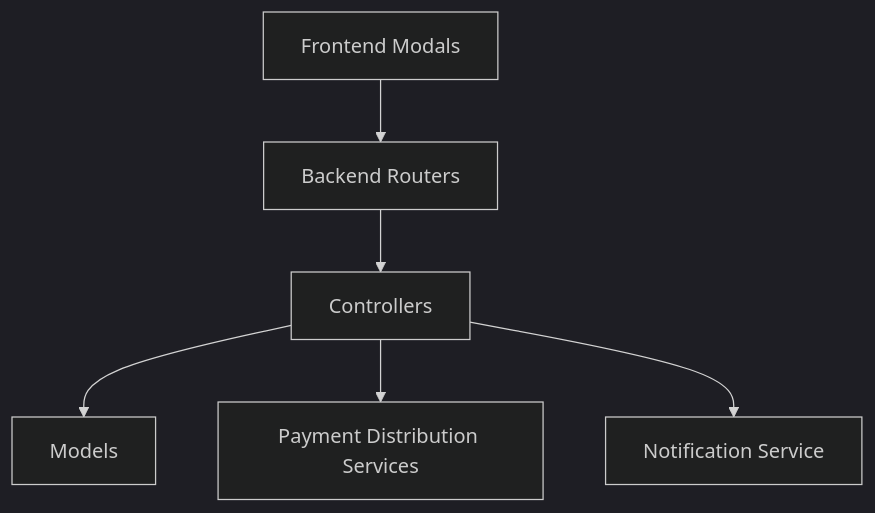
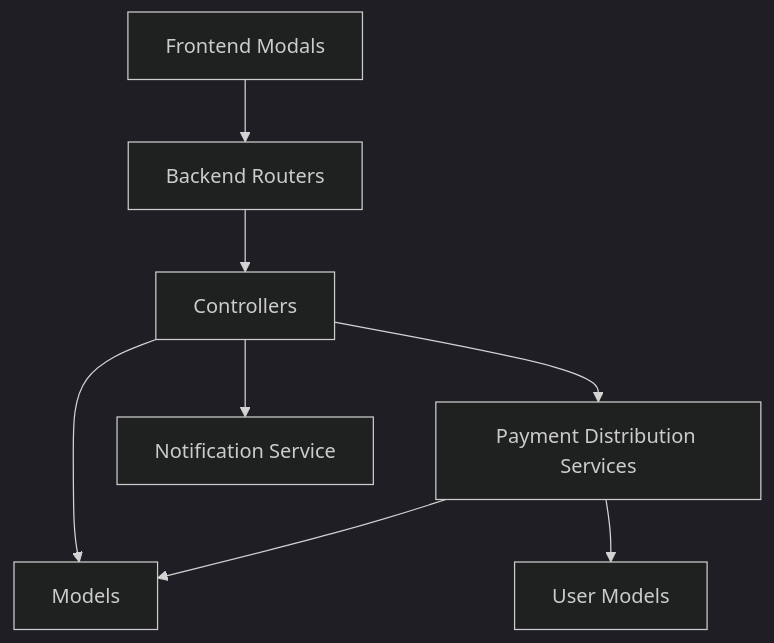
Diagram 11 of 11 in .qoder/repowiki/en/content/Booking and Payment System/Booking and Payment System.md (meghanamallela69-tech/event), drawn with Mermaid (dark theme) before and after one commit. The commit also changed other lines of this file and 63 other files, not shown here.

````diff
--- a/.qoder/repowiki/en/content/Booking and Payment System/Booking and Payment System.md
+++ b/.qoder/repowiki/en/content/Booking and Payment System/Booking and Payment System.md
@@ -429,8 +499,10 @@
 ```mermaid
 graph TB
 Frontend["Frontend Modals"] --> Routers["Backend Routers"]
 Routers --> Controllers["Controllers"]
 Controllers --> Models["Models"]
 Controllers --> Services["Payment Distribution Services"]
 Controllers --> Notifications["Notification Service"]
+Services --> Models
+Services --> UserModels["User Models"]
 ```
````
